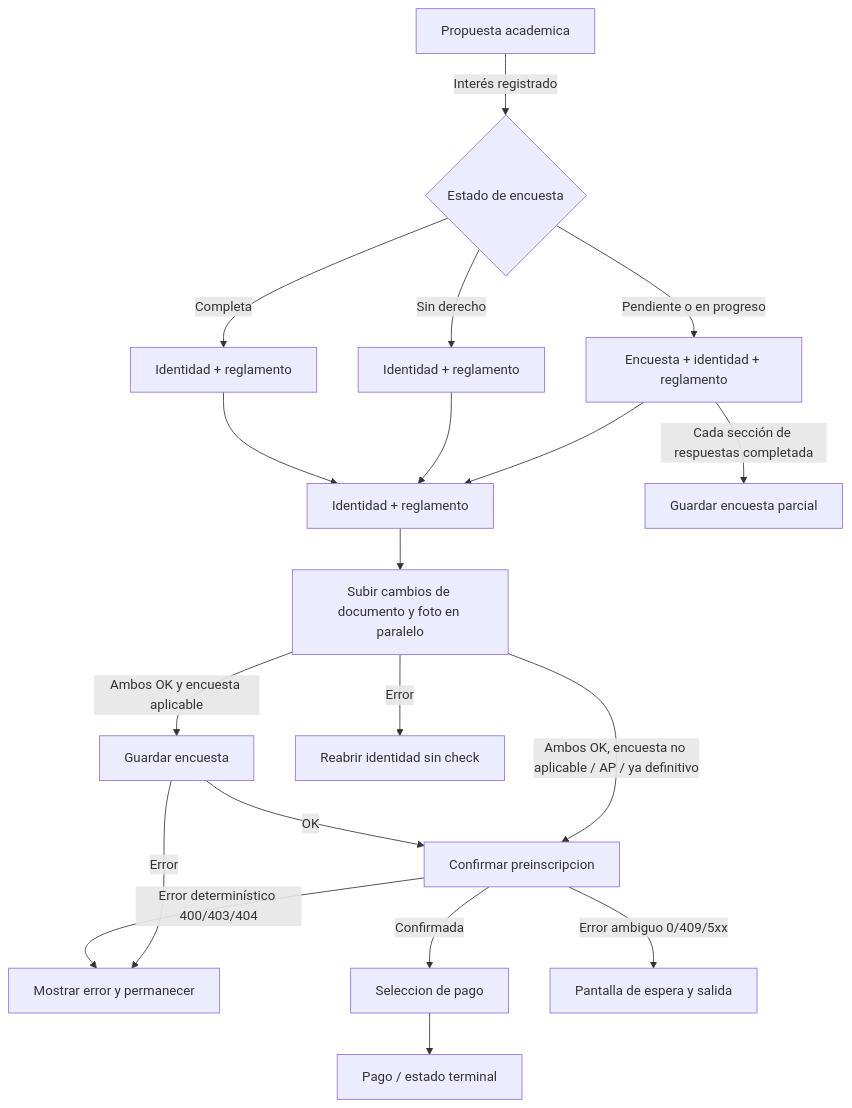
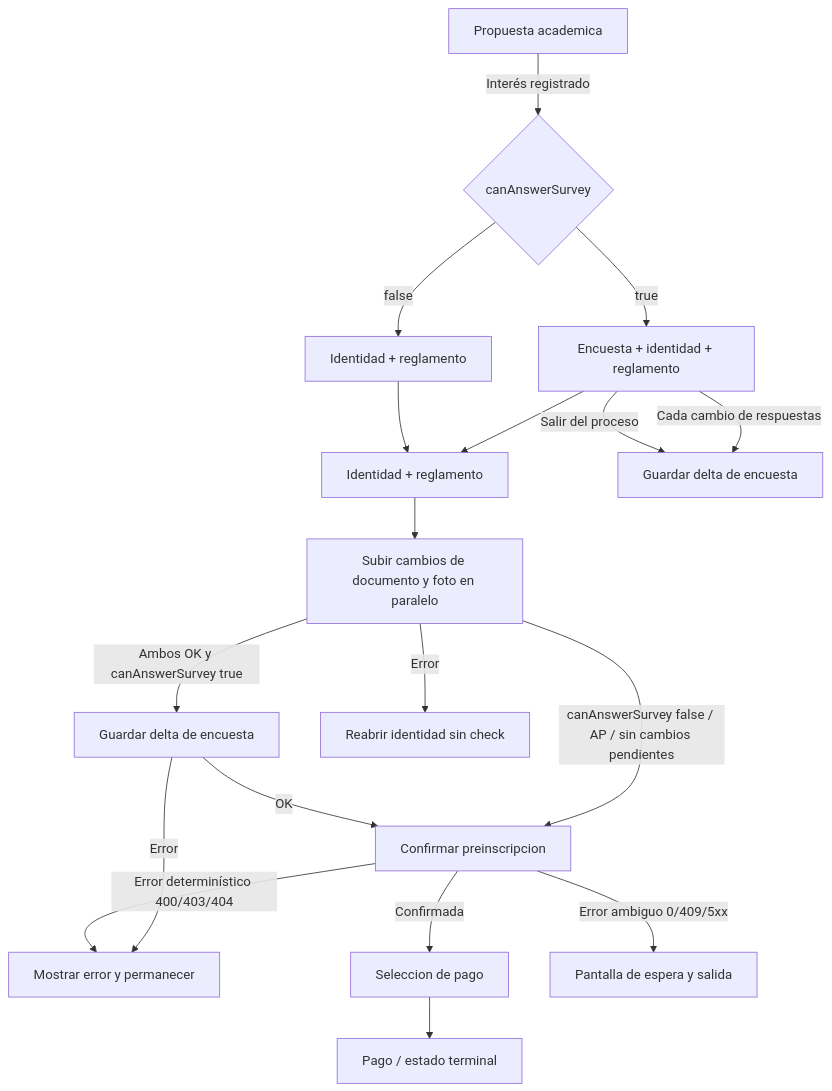
Before and after one commit to DesarrolloORT/admisiones-mono: the first of 2 diagrams in docs/flujos/inscripciones.md, drawn with Mermaid. The commit also changed other lines of this file and 15 other files, not shown here.

````diff
--- a/docs/flujos/inscripciones.md
+++ b/docs/flujos/inscripciones.md
@@ -79,21 +79,20 @@
 ```mermaid
 flowchart TD
-  A[Propuesta academica] -->|Interés registrado| B{Estado de encuesta}
-  B -->|Pendiente o en progreso| C[Encuesta + identidad + reglamento]
-  B -->|Sin derecho| D[Identidad + reglamento]
-  B -->|Completa| E[Identidad + reglamento]
+  A[Propuesta academica] -->|Interés registrado| B{canAnswerSurvey}
+  B -->|true| C[Encuesta + identidad + reglamento]
+  B -->|false| D[Identidad + reglamento]
   C --> F[Identidad + reglamento]
   D --> F
-  E --> F
-  C -->|Cada sección de respuestas completada| N[Guardar encuesta parcial]
+  C -->|Cada cambio de respuestas| N[Guardar delta de encuesta]
+  C -->|Salir del proceso| N
   F --> G[Subir cambios de documento y foto en paralelo]
-  G -->|Ambos OK y encuesta aplicable| H[Guardar encuesta]
-  G -->|Ambos OK, encuesta no aplicable / AP / ya definitivo| I
+  G -->|Ambos OK y canAnswerSurvey true| H[Guardar delta de encuesta]
+  G -->|canAnswerSurvey false / AP / sin cambios pendientes| I
   G -->|Error| M[Reabrir identidad sin check]
   H -->|OK| I[Confirmar preinscripcion]
   H -->|Error| K[Mostrar error y permanecer]
   I -->|Confirmada| J[Seleccion de pago]
   I -->|Error determinístico 400/403/404| K[Mostrar error y permanecer]
   I -->|Error ambiguo 0/409/5xx| O[Pantalla de espera y salida]
   J --> L[Pago / estado terminal]
 ```
````
